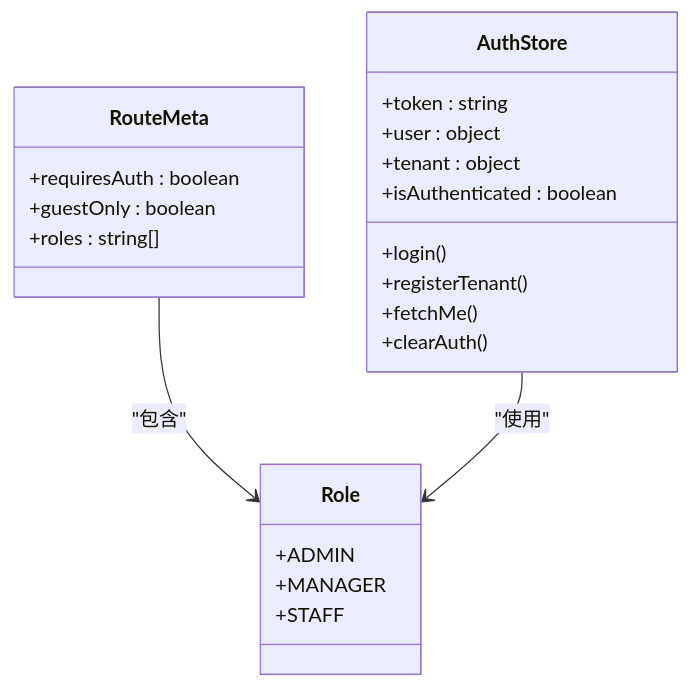
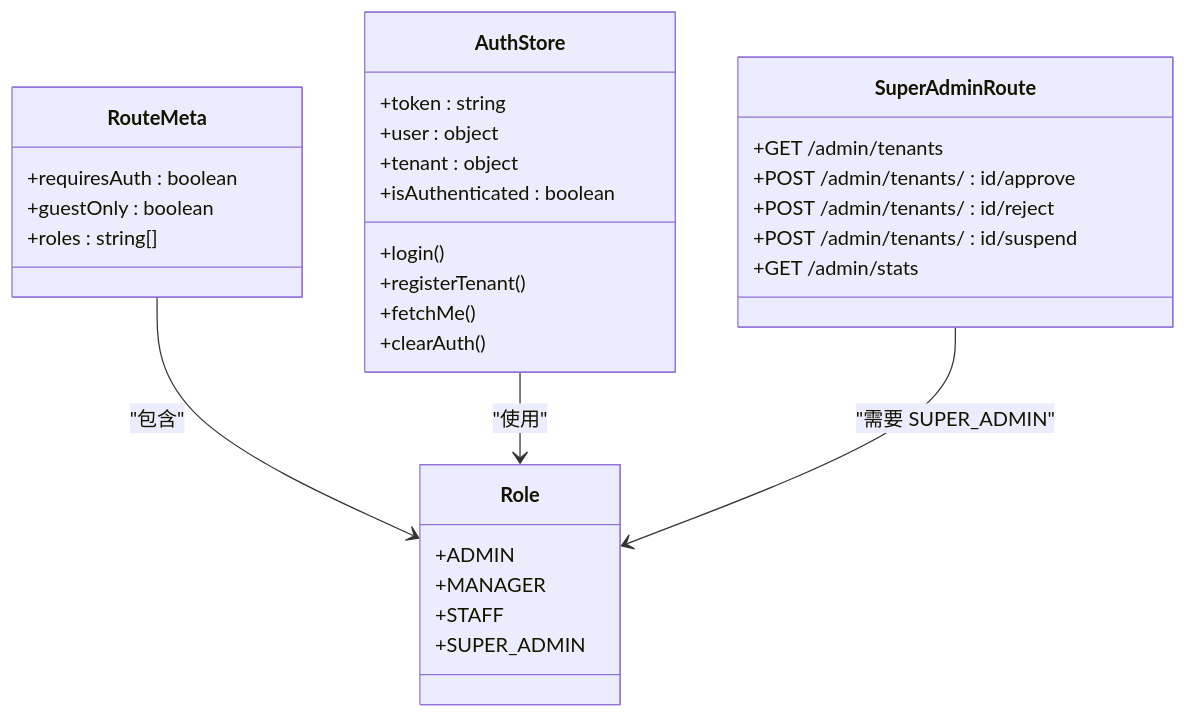
The fifth of 10 diagrams in .qoder/repowiki/zh/content/核心功能模块/用户认证模块.md (Juny09/inventory_system), drawn with Mermaid before and after one commit. The commit also changed other lines of this file and 53 other files, not shown here.

````diff
--- a/.qoder/repowiki/zh/content/核心功能模块/用户认证模块.md
+++ b/.qoder/repowiki/zh/content/核心功能模块/用户认证模块.md
@@ -252,25 +309,34 @@
 ```mermaid
 classDiagram
 class Role {
 +ADMIN
 +MANAGER
 +STAFF
++SUPER_ADMIN
 }
 class RouteMeta {
 +requiresAuth : boolean
 +guestOnly : boolean
 +roles : string[]
 }
 class AuthStore {
 +token : string
 +user : object
 +tenant : object
 +isAuthenticated : boolean
 +login()
 +registerTenant()
 +fetchMe()
 +clearAuth()
 }
+class SuperAdminRoute {
++GET /admin/tenants
++POST /admin/tenants/ : id/approve
++POST /admin/tenants/ : id/reject
++POST /admin/tenants/ : id/suspend
++GET /admin/stats
+}
 RouteMeta --> Role : "包含"
 AuthStore --> Role : "使用"
+SuperAdminRoute --> Role : "需要 SUPER_ADMIN"
 ```
````
